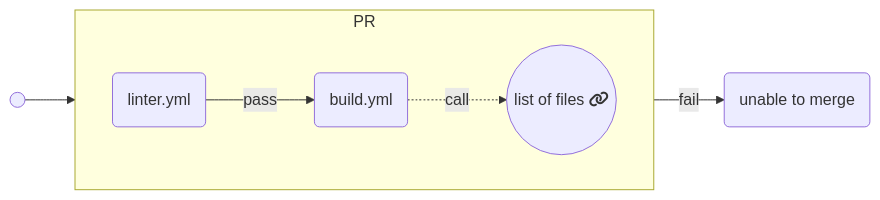
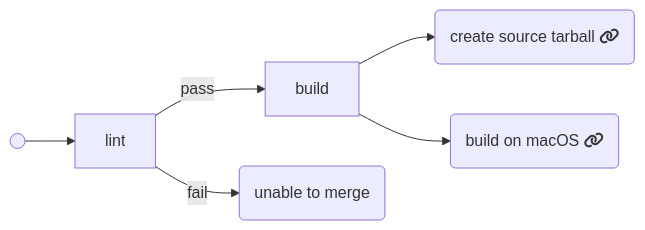
One commit to WasmEdge/WasmEdge changed the diagram in .github/workflows/README.md. Above: the diagram before and after it, drawn with Mermaid. The commit also changed other lines of this file and 2 other files, not shown here.

Commit message:
[CI] Refactor: migrate linter.yml to build.yml

````diff
--- a/.github/workflows/README.md
+++ b/.github/workflows/README.md
@@ -5,14 +6,11 @@
 ```mermaid
 flowchart LR
     %% _ is the starting point of everything
-    _(( ))-->lint(linter.yml)
-
-    subgraph PR
-        direction LR
-        lint-->|pass|build(build.yml)
-        build-.->|call|_build((list of files fa:fa-link))
-        click _build "#Reusable-YMLs"
-    end
-
+    _(( ))-->lint
+    lint-->|pass|build
     lint-->|fail|reject(unable to merge)
+    build-->source(create source tarball fa:fa-link)
+    click source "reusable-create-source-tarball.yml"
+    build-->macos(build on macOS fa:fa-link)
+    click macos "reusable-build-on-macos.yml"
 ```
````
